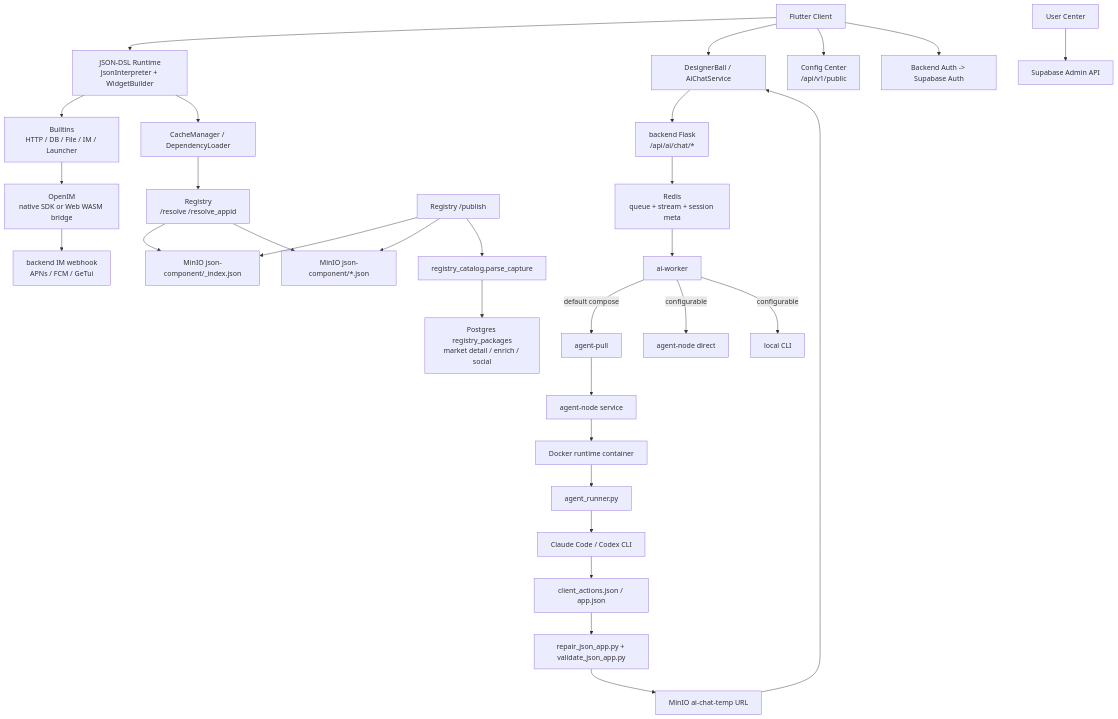
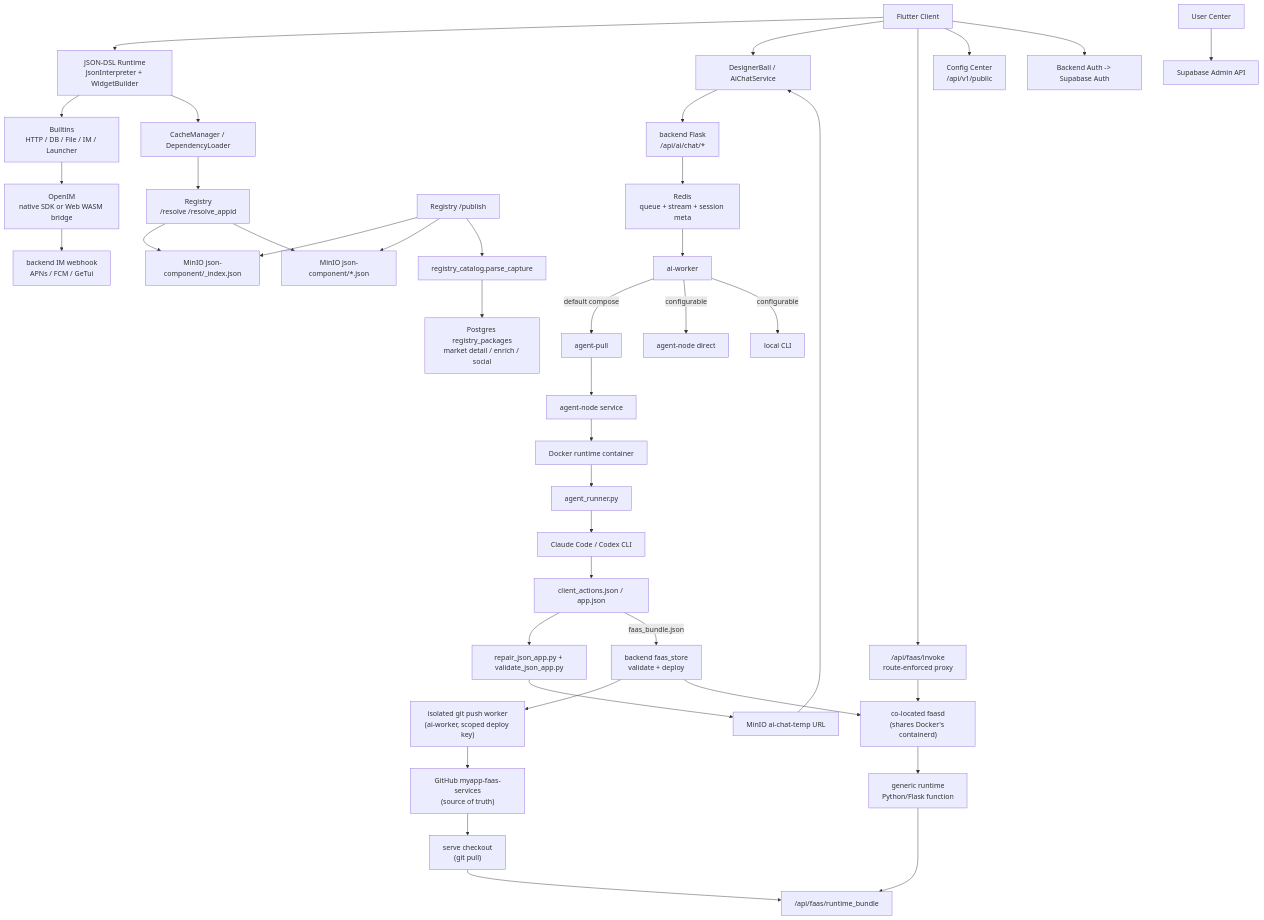
Before and after one commit to dapangyu-fish/ai-app: the diagram in README.md, drawn with Mermaid. The commit also changed other lines of this file and 25 other files, not shown here.

First line of the commit message:
feat(faas): AI-generated backends — git source-of-truth, e2e test, hardened dual access

````diff
--- a/README.md
+++ b/README.md
@@ -184,39 +186,50 @@
 ```mermaid
 flowchart TB
   Client["Flutter Client"] --> Runtime["JSON-DSL Runtime<br/>JsonInterpreter + WidgetBuilder"]
   Runtime --> Builtins["Builtins<br/>HTTP / DB / File / IM / Launcher"]
   Runtime --> Cache["CacheManager / DependencyLoader"]
   Cache --> RegistryResolve["Registry<br/>/resolve /resolve_appid"]
   RegistryResolve --> Index["MinIO json-component/_index.json"]
   RegistryResolve --> Objects["MinIO json-component/*.json"]
 
   Client --> AIChat["DesignerBall / AiChatService"]
   AIChat --> Backend["backend Flask<br/>/api/ai/chat/*"]
   Backend --> Redis["Redis<br/>queue + stream + session meta"]
   Redis --> Worker["ai-worker"]
 
   Worker -->|default compose| AgentPull["agent-pull"]
   Worker -->|configurable| AgentNodeDirect["agent-node direct"]
   Worker -->|configurable| LocalCLI["local CLI"]
 
   AgentPull --> AgentNode["agent-node service"]
   AgentNode --> Docker["Docker runtime container"]
   Docker --> Runner["agent_runner.py"]
   Runner --> CLI["Claude Code / Codex CLI"]
   CLI --> Actions["client_actions.json / app.json"]
   Actions --> Validate["repair_json_app.py + validate_json_app.py"]
   Validate --> TempMinIO["MinIO ai-chat-temp URL"]
   TempMinIO --> AIChat
 
   RegistryPublish["Registry /publish"] --> Index
   RegistryPublish --> Objects
   RegistryPublish --> Catalog["registry_catalog.parse_capture"]
   Catalog --> PG["Postgres registry_packages<br/>market detail / enrich / social"]
 
   Builtins --> IM["OpenIM<br/>native SDK or Web WASM bridge"]
   IM --> Push["backend IM webhook<br/>APNs / FCM / GeTui"]
 
+  Actions -->|faas_bundle.json| FaaSDeploy["backend faas_store<br/>validate + deploy"]
+  FaaSDeploy --> PushWorker["isolated git push worker<br/>(ai-worker, scoped deploy key)"]
+  PushWorker --> FaaSRepo["GitHub myapp-faas-services<br/>(source of truth)"]
+  FaaSRepo --> ServeCheckout["serve checkout<br/>(git pull)"]
+  FaaSDeploy --> Faasd["co-located faasd<br/>(shares Docker's containerd)"]
+  Faasd --> FaaSFn["generic runtime<br/>Python/Flask function"]
+  ServeCheckout --> FaaSBundle["/api/faas/runtime_bundle"]
+  FaaSFn --> FaaSBundle
+  Client --> FaaSInvoke["/api/faas/invoke<br/>route-enforced proxy"]
+  FaaSInvoke --> Faasd
+
   Client --> Config["Config Center<br/>/api/v1/public"]
   Client --> Auth["Backend Auth -> Supabase Auth"]
   UserCenter["User Center"] --> Supabase["Supabase Admin API"]
 ```
````
